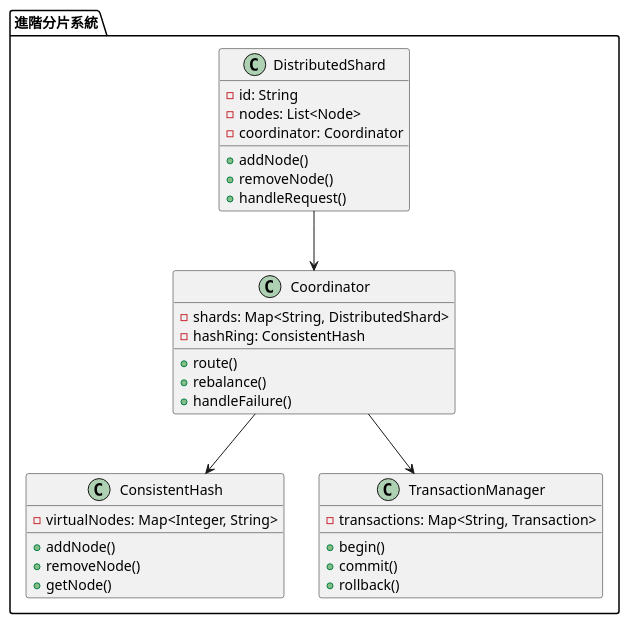
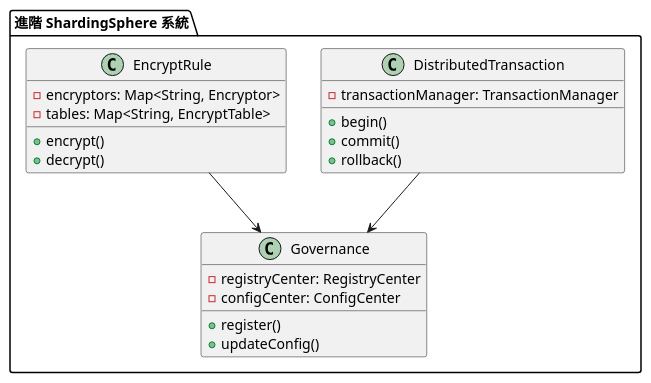
The third of 3 diagrams in doc/learning/architecture/database_sharding_tutorial.md (fine5351/info-sync), drawn with PlantUML before and after one commit. The commit also changed other lines of this file and 9 other files, not shown here.

````diff
--- a/doc/learning/architecture/database_sharding_tutorial.md
+++ b/doc/learning/architecture/database_sharding_tutorial.md
@@ -227,40 +240,29 @@
 ```plantuml
 @startuml
-package "進階分片系統" {
-    class DistributedShard {
-        - id: String
-        - nodes: List<Node>
-        - coordinator: Coordinator
-        + addNode()
-        + removeNode()
-        + handleRequest()
-    }
-    
-    class Coordinator {
-        - shards: Map<String, DistributedShard>
-        - hashRing: ConsistentHash
-        + route()
-        + rebalance()
-        + handleFailure()
-    }
-    
-    class ConsistentHash {
-        - virtualNodes: Map<Integer, String>
-        + addNode()
-        + removeNode()
-        + getNode()
-    }
-    
-    class TransactionManager {
-        - transactions: Map<String, Transaction>
+package "進階 ShardingSphere 系統" {
+    class DistributedTransaction {
+        - transactionManager: TransactionManager
         + begin()
         + commit()
         + rollback()
     }
+    
+    class EncryptRule {
+        - encryptors: Map<String, Encryptor>
+        - tables: Map<String, EncryptTable>
+        + encrypt()
+        + decrypt()
+    }
+    
+    class Governance {
+        - registryCenter: RegistryCenter
+        - configCenter: ConfigCenter
+        + register()
+        + updateConfig()
+    }
 }
 
-DistributedShard --> Coordinator
-Coordinator --> ConsistentHash
-Coordinator --> TransactionManager
+DistributedTransaction --> Governance
+EncryptRule --> Governance
 @enduml
 ```
````
